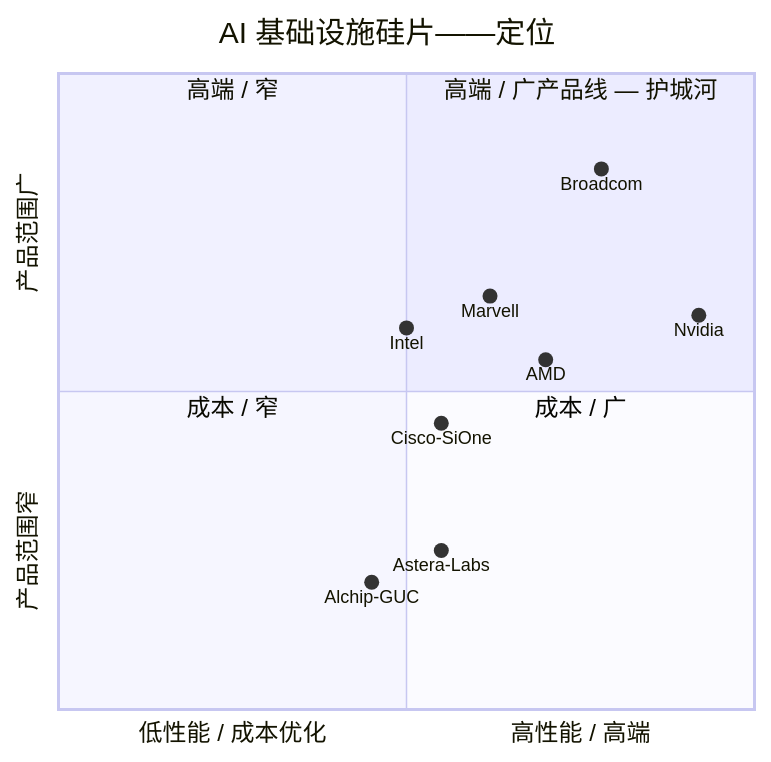
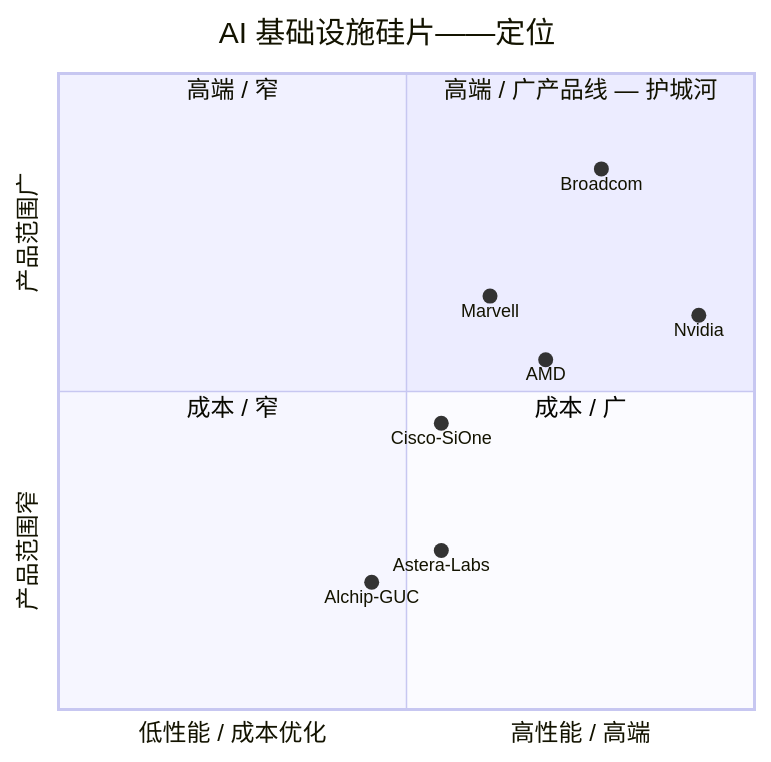
The fourth of 4 diagrams in reports/company/Broadcom_NASDAQ_AVGO/Broadcom_NASDAQ_AVGO_公司研究.md (dadachundan/financial_agent), drawn with Mermaid before and after one commit. The commit also changed other lines of this file, not shown here.

````diff
--- a/reports/company/Broadcom_NASDAQ_AVGO/Broadcom_NASDAQ_AVGO_公司研究.md
+++ b/reports/company/Broadcom_NASDAQ_AVGO/Broadcom_NASDAQ_AVGO_公司研究.md
@@ -215,18 +560,17 @@
 ```mermaid
 quadrantChart
     title AI 基础设施硅片——定位
     x-axis "低性能 / 成本优化" --> "高性能 / 高端"
     y-axis "产品范围窄" --> "产品范围广"
     quadrant-1 "高端 / 广产品线 — 护城河"
     quadrant-2 "高端 / 窄"
     quadrant-3 "成本 / 窄"
     quadrant-4 "成本 / 广"
     Broadcom: [0.78, 0.85]
     Nvidia: [0.92, 0.62]
     Marvell: [0.62, 0.65]
     AMD: [0.7, 0.55]
-    Intel: [0.5, 0.6]
     Cisco-SiOne: [0.55, 0.45]
     Astera-Labs: [0.55, 0.25]
     Alchip-GUC: [0.45, 0.2]
 ```
````
